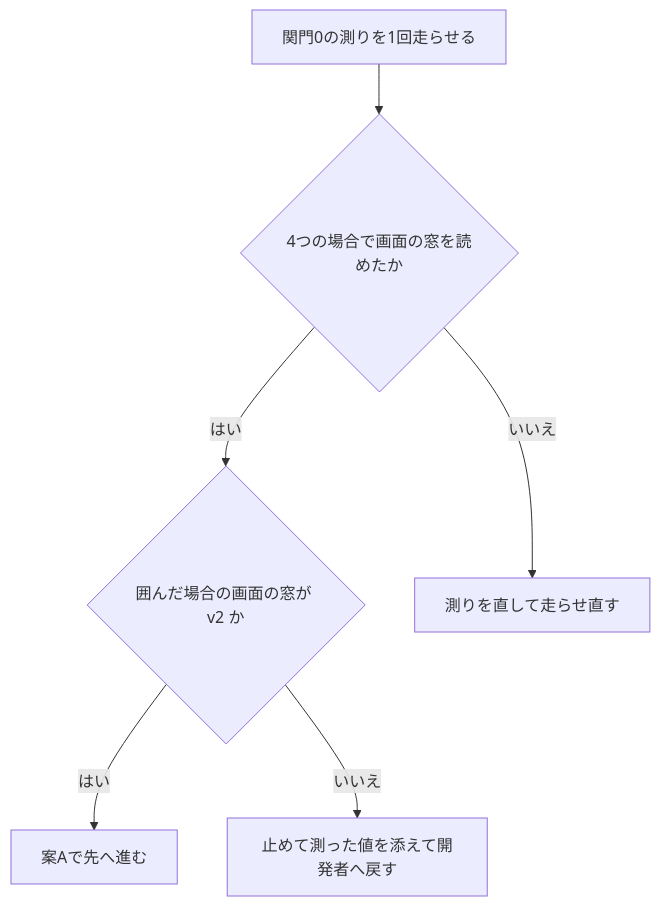
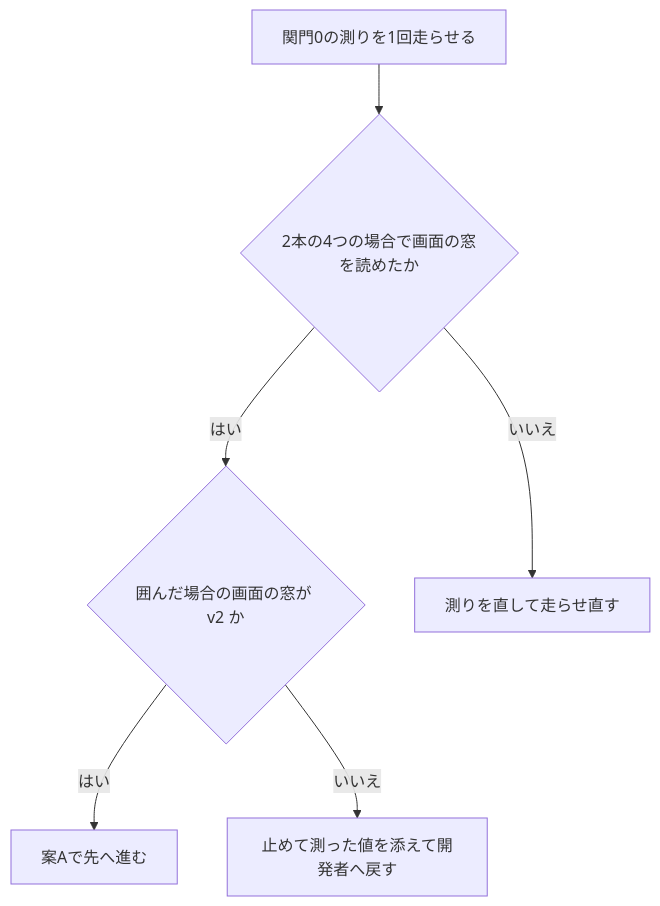
Before and after one commit to ekicyou/areka: the third of 3 diagrams in .kiro/specs/alert-dialog-per-monitor-dpi/design.md, drawn with Mermaid. The commit also changed other lines of this file, not shown here.

````diff
--- a/.kiro/specs/alert-dialog-per-monitor-dpi/design.md
+++ b/.kiro/specs/alert-dialog-per-monitor-dpi/design.md
@@ -155,14 +156,14 @@
 ```mermaid
 graph TB
     Probe[関門0の測りを1回走らせる]
-    Found{4つの場合で画面の窓を読めたか}
+    Found{2本の4つの場合で画面の窓を読めたか}
     Wrapped{囲んだ場合の画面の窓が v2 か}
     Go[案Aで先へ進む]
     Fix[測りを直して走らせ直す]
     Stop[止めて測った値を添えて開発者へ戻す]
     Probe --> Found
     Found -- いいえ --> Fix
     Found -- はい --> Wrapped
     Wrapped -- はい --> Go
     Wrapped -- いいえ --> Stop
 ```
````
